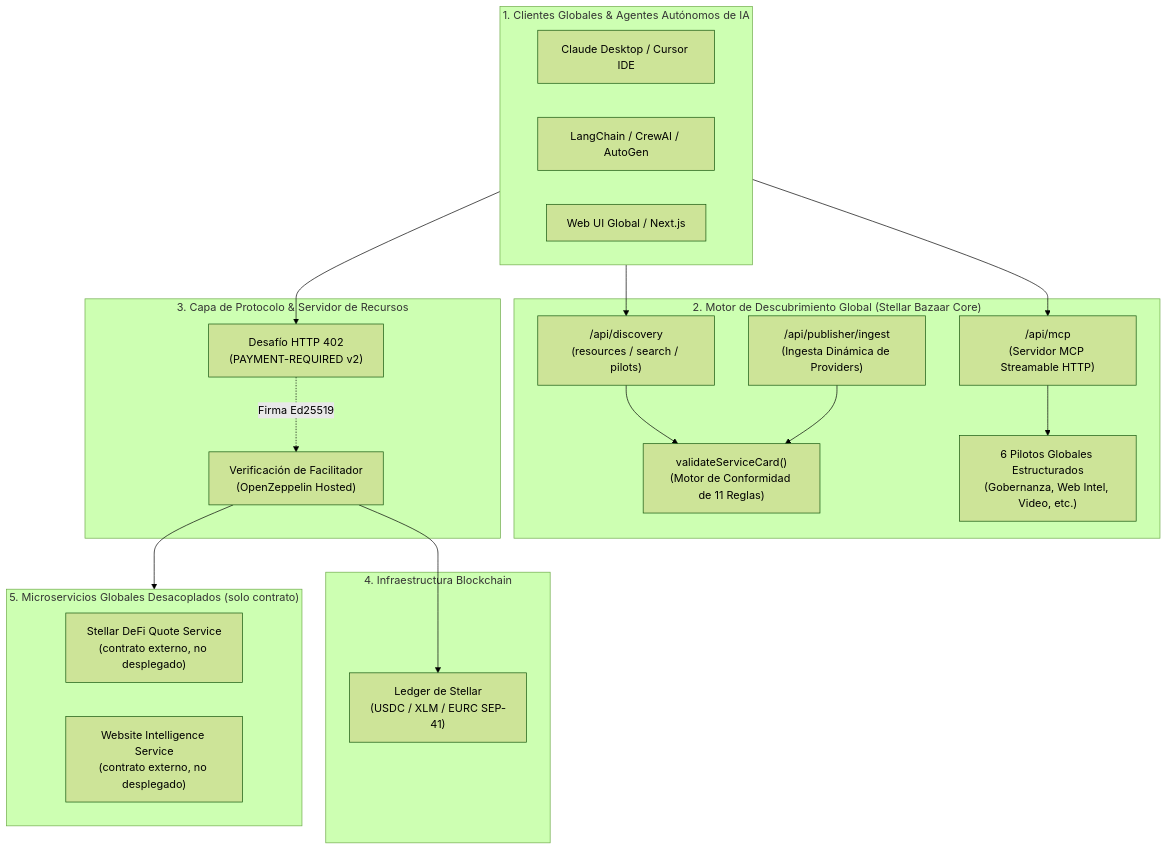
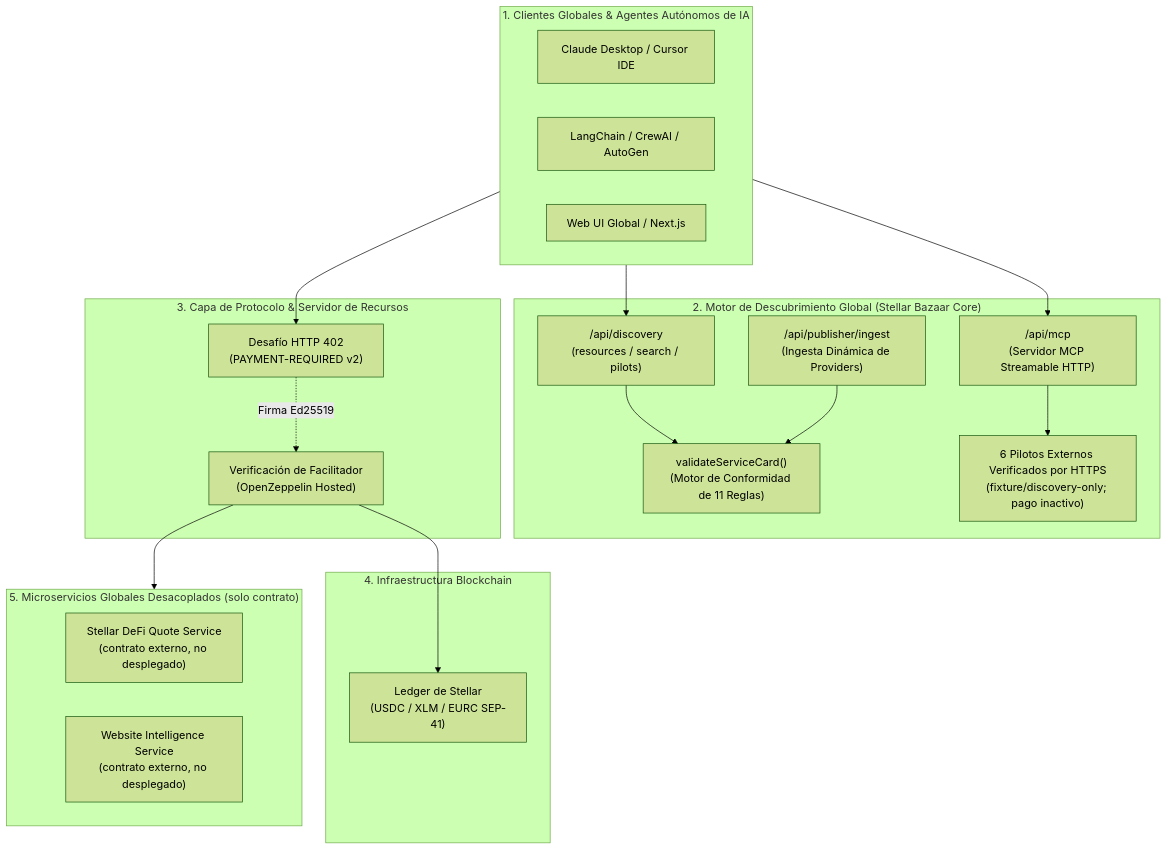
One commit to CaBsCrypto/stellar-bazaar-x402 changed the first of 2 diagrams in README.es.md. Above: the diagram before and after it, drawn with Mermaid (forest theme). The commit also changed other lines of this file and 13 other files, not shown here.

````diff
--- a/README.es.md
+++ b/README.es.md
@@ -55,41 +55,41 @@
 ```mermaid
 flowchart TD
     subgraph Clients["1. Clientes Globales & Agentes Autónomos de IA"]
         Claude["Claude Desktop / Cursor IDE"]
         LangChain["LangChain / CrewAI / AutoGen"]
         WebUI["Web UI Global / Next.js"]
     end
 
     subgraph Bazaar["2. Motor de Descubrimiento Global (Stellar Bazaar Core)"]
         MCPServer["/api/mcp<br/>(Servidor MCP Streamable HTTP)"]
         RESTDiscovery["/api/discovery<br/>(resources / search / pilots)"]
         Validator["validateServiceCard()<br/>(Motor de Conformidad de 11 Reglas)"]
         DynamicRegistry["/api/publisher/ingest<br/>(Ingesta Dinámica de Providers)"]
-        PilotCatalog["6 Pilotos Globales Estructurados<br/>(Gobernanza, Web Intel, Video, etc.)"]
+        PilotCatalog["6 Pilotos Externos Verificados por HTTPS<br/>(fixture/discovery-only; pago inactivo)"]
     end
 
     subgraph x402Layer["3. Capa de Protocolo & Servidor de Recursos"]
         Challenge402["Desafío HTTP 402<br/>(PAYMENT-REQUIRED v2)"]
         FacilitatorGate["Verificación de Facilitador<br/>(OpenZeppelin Hosted)"]
     end
 
     subgraph Settlement["4. Infraestructura Blockchain"]
         Testnet["Ledger de Stellar<br/>(USDC / XLM / EURC SEP-41)"]
     end
 
     subgraph Providers["5. Microservicios Globales Desacoplados (solo contrato)"]
         DeFiService["Stellar DeFi Quote Service<br/>(contrato externo, no desplegado)"]
         WebIntelService["Website Intelligence Service<br/>(contrato externo, no desplegado)"]
     end
 
     Clients --> MCPServer
     Clients --> RESTDiscovery
     RESTDiscovery --> Validator
     MCPServer --> PilotCatalog
     DynamicRegistry --> Validator
 
     Clients --> Challenge402
     Challenge402 -. "Firma Ed25519" .-> FacilitatorGate
     FacilitatorGate --> Testnet
     FacilitatorGate --> Providers
 ```
````
